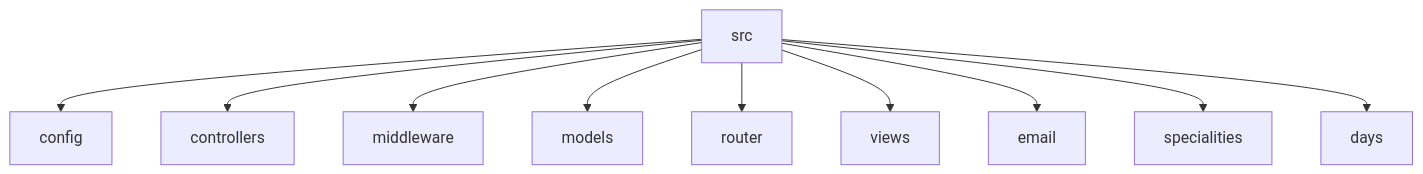
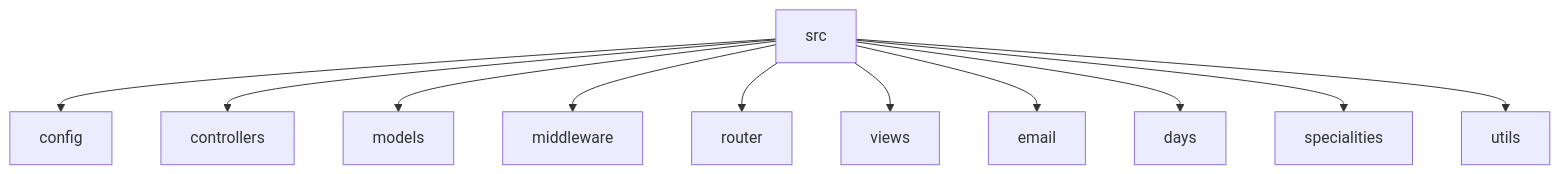
The diagram in README.md (amitdey43/Doctor-Finder), drawn with Mermaid before and after one commit. The commit also changed other lines of this file, not shown here.

````diff
--- a/README.md
+++ b/README.md
@@ -26,12 +31,13 @@
 ```mermaid
 graph TD;
-    src-->config;
-    src-->controllers;
-    src-->middleware;
-    src-->models;
-    src-->router;
-    src-->views;
-    src-->email;
-    src-->specialities;
-    src-->days;
+src-->config;
+src-->controllers;
+src-->models;
+src-->middleware;
+src-->router;
+src-->views;
+src-->email;
+src-->days;
+src-->specialities;
+src-->utils;
 ```
````
